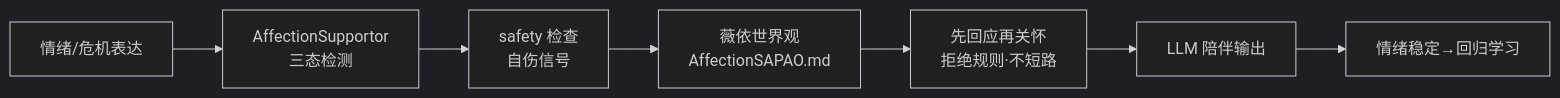
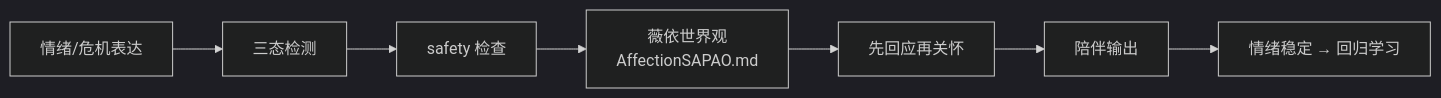
Before and after one commit to Golden2002/PAEG: the fourth of 6 diagrams in ARCHITECTURE_LINKS.md, drawn with Mermaid (dark theme). The commit also changed other lines of this file, not shown here.

Commit message:
v0.24 文档优化：链路图分层展开（L0总览+L1细图，23张图全部≤15节点）

````diff
--- a/ARCHITECTURE_LINKS.md
+++ b/ARCHITECTURE_LINKS.md
@@ -137,9 +85,9 @@
 ```mermaid
 flowchart LR
-    E["情绪/危机表达"] --> DET["AffectionSupportor<br/>三态检测"]
-    DET --> SAFE["safety 检查<br/>自伤信号"]
-    SAFE --> WP["薇依世界观<br/>AffectionSAPAO.md"]
-    WP --> PRIN["先回应再关怀<br/>拒绝规则·不短路"]
-    PRIN --> LLM2["LLM 陪伴输出"]
-    LLM2 --> ST["情绪稳定→回归学习"]
+    E["情绪/危机表达"] --> D["三态检测"]
+    D --> S2["safety 检查"]
+    S2 --> W["薇依世界观<br/>AffectionSAPAO.md"]
+    W --> P2["先回应再关怀"]
+    P2 --> O["陪伴输出"]
+    O --> R["情绪稳定 → 回归学习"]
 ```
````
